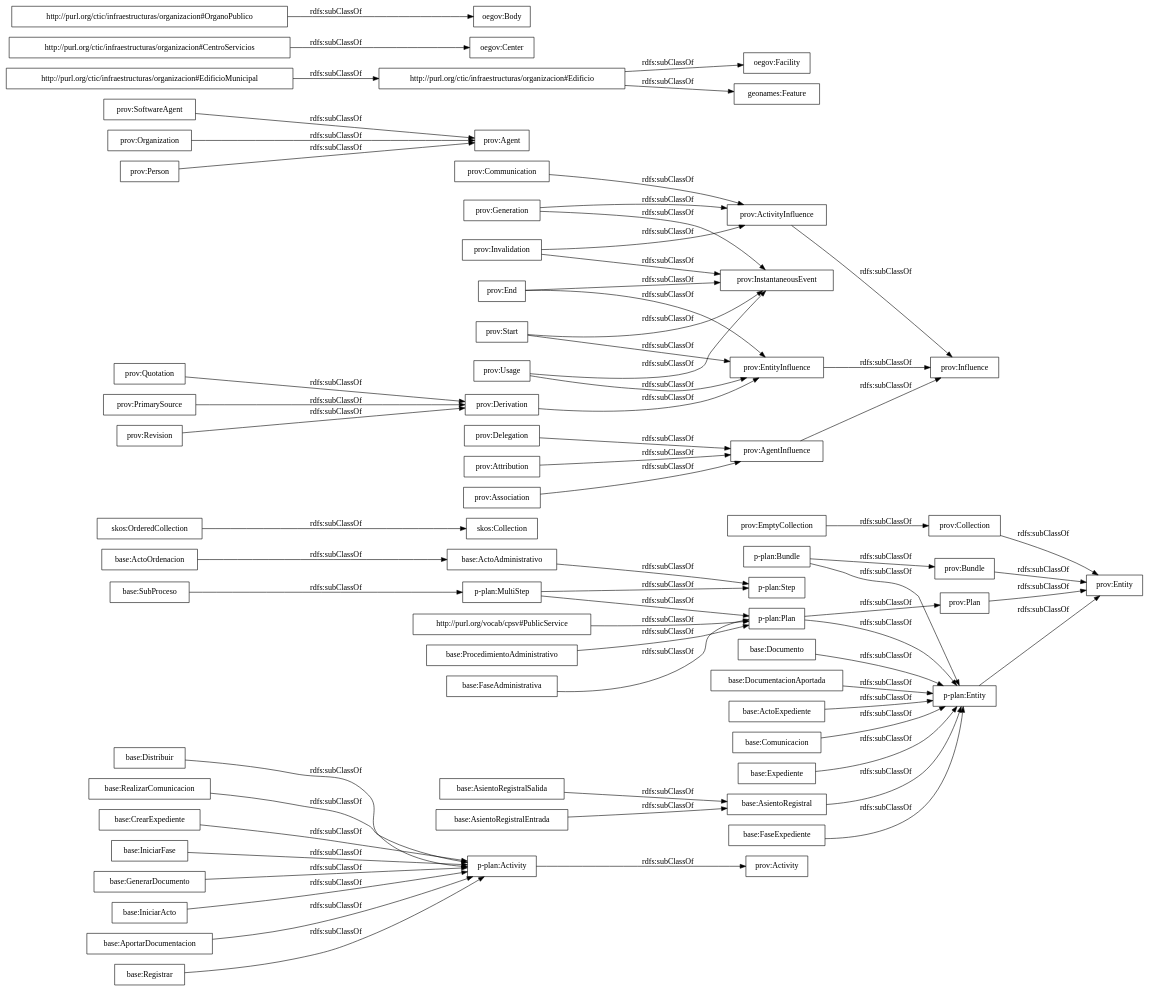
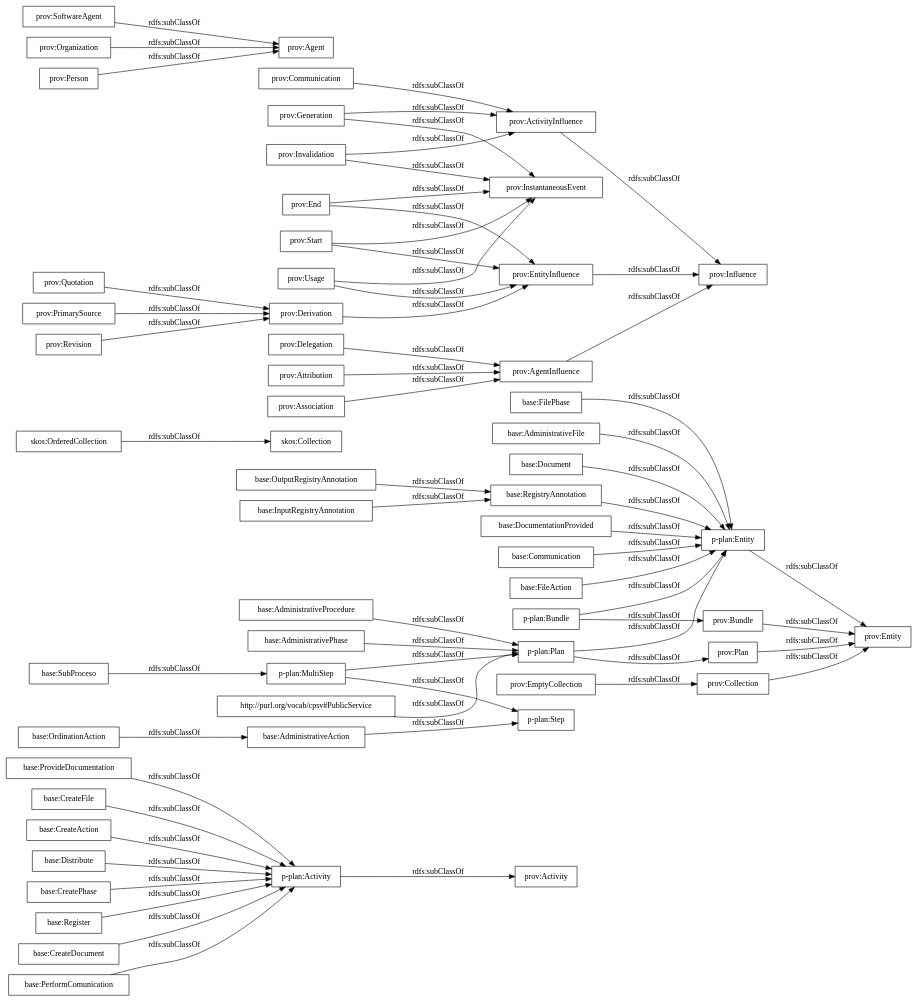
Before and after one commit to fhidalgl/a-proc: the diagram in OnToology/a-proc.owl/diagrams/ar2dtool-taxonomy/a-proc.owl.png.dot, drawn with Graphviz. The commit also changed 11 other files, not shown here.

```diff
--- a/OnToology/a-proc.owl/diagrams/ar2dtool-taxonomy/a-proc.owl.png.dot
+++ b/OnToology/a-proc.owl/diagrams/ar2dtool-taxonomy/a-proc.owl.png.dot
@@ -1,71 +1,66 @@
 digraph ar2dtool_diagram { 
 rankdir=LR;
 size="1000"
-node [shape = rectangle, color="black"]; "base:Distribuir" "base:AsientoRegistral" "base:RealizarComunicacion" "base:FaseExpediente" "base:CrearExpediente" "base:Documento" "base:AsientoRegistralSalida" "base:IniciarFase" "base:DocumentacionAportada" "base:ProcedimientoAdministrativo" "base:FaseAdministrativa" "base:ActoExpediente" "base:SubProceso" "base:GenerarDocumento" "base:AsientoRegistralEntrada" "base:Comunicacion" "base:IniciarActo" "base:AportarDocumentacion" "base:Expediente" "base:ActoOrdenacion" "base:Registrar" "base:ActoAdministrativo" "skos:OrderedCollection" "skos:Collection" "p-plan:MultiStep" "p-plan:Activity" "p-plan:Step" "p-plan:Entity" "p-plan:Bundle" "prov:Bundle" "prov:Entity" "p-plan:Plan" "prov:Plan" "prov:Activity" "prov:Influence" "prov:End" "prov:Agent" "prov:Derivation" "prov:Quotation" "prov:Collection" "prov:InstantaneousEvent" "prov:Delegation" "prov:Invalidation" "prov:Usage" "prov:SoftwareAgent" "prov:Attribution" "prov:PrimarySource" "prov:ActivityInfluence" "prov:Organization" "prov:EmptyCollection" "prov:Revision" "prov:Communication" "prov:Association" "prov:Start" "prov:EntityInfluence" "prov:AgentInfluence" "prov:Generation" "prov:Person" "oegov:Facility" "oegov:Center" "oegov:Body" "http://purl.org/ctic/infraestructuras/organizacion#OrganoPublico" "http://purl.org/ctic/infraestructuras/organizacion#EdificioMunicipal" "http://purl.org/ctic/infraestructuras/organizacion#Edificio" "http://purl.org/ctic/infraestructuras/organizacion#CentroServicios" "geonames:Feature" ; /*classes style*/
+node [shape = rectangle, color="black"]; "base:ProvideDocumentation" "base:CreateFile" "base:FilePhase" "base:AdministrativeFile" "base:AdministrativeAction" "base:OrdinationAction" "base:AdministrativeProcedure" "base:Document" "base:CreateAction" "base:Distribute" "base:SubProceso" "base:RegistryAnnotation" "base:AdministrativePhase" "base:CreatePhase" "base:Register" "base:DocumentationProvided" "base:OutputRegistryAnnotation" "base:Communication" "base:FileAction" "base:CreateDocument" "base:PerformComunication" "base:InputRegistryAnnotation" "skos:OrderedCollection" "skos:Collection" "p-plan:MultiStep" "p-plan:Activity" "p-plan:Step" "p-plan:Entity" "p-plan:Bundle" "prov:Bundle" "prov:Entity" "p-plan:Plan" "prov:Plan" "prov:Activity" "prov:Influence" "prov:End" "prov:Agent" "prov:Derivation" "prov:Quotation" "prov:Collection" "prov:InstantaneousEvent" "prov:Delegation" "prov:Invalidation" "prov:Usage" "prov:SoftwareAgent" "prov:Attribution" "prov:PrimarySource" "prov:ActivityInfluence" "prov:Organization" "prov:EmptyCollection" "prov:Revision" "prov:Communication" "prov:Association" "prov:Start" "prov:EntityInfluence" "prov:AgentInfluence" "prov:Generation" "prov:Person" ; /*classes style*/
 	"prov:Plan" -> "prov:Entity" [ label = "rdfs:subClassOf" ];
-	"base:FaseAdministrativa" -> "p-plan:Plan" [ label = "rdfs:subClassOf" ];
+	"base:RegistryAnnotation" -> "p-plan:Entity" [ label = "rdfs:subClassOf" ];
 	"prov:Invalidation" -> "prov:ActivityInfluence" [ label = "rdfs:subClassOf" ];
 	"prov:Invalidation" -> "prov:InstantaneousEvent" [ label = "rdfs:subClassOf" ];
 	"prov:Quotation" -> "prov:Derivation" [ label = "rdfs:subClassOf" ];
-	"base:IniciarActo" -> "p-plan:Activity" [ label = "rdfs:subClassOf" ];
 	"prov:Communication" -> "prov:ActivityInfluence" [ label = "rdfs:subClassOf" ];
+	"base:Distribute" -> "p-plan:Activity" [ label = "rdfs:subClassOf" ];
+	"base:OrdinationAction" -> "base:AdministrativeAction" [ label = "rdfs:subClassOf" ];
 	"prov:ActivityInfluence" -> "prov:Influence" [ label = "rdfs:subClassOf" ];
-	"http://purl.org/ctic/infraestructuras/organizacion#Edificio" -> "oegov:Facility" [ label = "rdfs:subClassOf" ];
-	"http://purl.org/ctic/infraestructuras/organizacion#Edificio" -> "geonames:Feature" [ label = "rdfs:subClassOf" ];
+	"base:CreatePhase" -> "p-plan:Activity" [ label = "rdfs:subClassOf" ];
 	"prov:SoftwareAgent" -> "prov:Agent" [ label = "rdfs:subClassOf" ];
-	"base:ActoAdministrativo" -> "p-plan:Step" [ label = "rdfs:subClassOf" ];
 	"prov:PrimarySource" -> "prov:Derivation" [ label = "rdfs:subClassOf" ];
 	"p-plan:Entity" -> "prov:Entity" [ label = "rdfs:subClassOf" ];
 	"http://purl.org/vocab/cpsv#PublicService" -> "p-plan:Plan" [ label = "rdfs:subClassOf" ];
-	"base:Documento" -> "p-plan:Entity" [ label = "rdfs:subClassOf" ];
-	"base:AportarDocumentacion" -> "p-plan:Activity" [ label = "rdfs:subClassOf" ];
+	"base:CreateAction" -> "p-plan:Activity" [ label = "rdfs:subClassOf" ];
 	"prov:Attribution" -> "prov:AgentInfluence" [ label = "rdfs:subClassOf" ];
 	"p-plan:MultiStep" -> "p-plan:Step" [ label = "rdfs:subClassOf" ];
 	"p-plan:MultiStep" -> "p-plan:Plan" [ label = "rdfs:subClassOf" ];
-	"base:RealizarComunicacion" -> "p-plan:Activity" [ label = "rdfs:subClassOf" ];
 	"prov:Delegation" -> "prov:AgentInfluence" [ label = "rdfs:subClassOf" ];
-	"http://purl.org/ctic/infraestructuras/organizacion#OrganoPublico" -> "oegov:Body" [ label = "rdfs:subClassOf" ];
-	"base:AsientoRegistralEntrada" -> "base:AsientoRegistral" [ label = "rdfs:subClassOf" ];
 	"prov:Derivation" -> "prov:EntityInfluence" [ label = "rdfs:subClassOf" ];
-	"base:CrearExpediente" -> "p-plan:Activity" [ label = "rdfs:subClassOf" ];
 	"prov:Association" -> "prov:AgentInfluence" [ label = "rdfs:subClassOf" ];
 	"prov:End" -> "prov:EntityInfluence" [ label = "rdfs:subClassOf" ];
 	"prov:End" -> "prov:InstantaneousEvent" [ label = "rdfs:subClassOf" ];
+	"base:InputRegistryAnnotation" -> "base:RegistryAnnotation" [ label = "rdfs:subClassOf" ];
+	"base:Register" -> "p-plan:Activity" [ label = "rdfs:subClassOf" ];
 	"prov:Usage" -> "prov:InstantaneousEvent" [ label = "rdfs:subClassOf" ];
 	"prov:Usage" -> "prov:EntityInfluence" [ label = "rdfs:subClassOf" ];
 	"prov:Collection" -> "prov:Entity" [ label = "rdfs:subClassOf" ];
 	"skos:OrderedCollection" -> "skos:Collection" [ label = "rdfs:subClassOf" ];
-	"base:AsientoRegistral" -> "p-plan:Entity" [ label = "rdfs:subClassOf" ];
+	"base:FilePhase" -> "p-plan:Entity" [ label = "rdfs:subClassOf" ];
+	"base:AdministrativeProcedure" -> "p-plan:Plan" [ label = "rdfs:subClassOf" ];
 	"prov:Bundle" -> "prov:Entity" [ label = "rdfs:subClassOf" ];
-	"base:DocumentacionAportada" -> "p-plan:Entity" [ label = "rdfs:subClassOf" ];
-	"http://purl.org/ctic/infraestructuras/organizacion#CentroServicios" -> "oegov:Center" [ label = "rdfs:subClassOf" ];
+	"base:PerformComunication" -> "p-plan:Activity" [ label = "rdfs:subClassOf" ];
+	"base:CreateFile" -> "p-plan:Activity" [ label = "rdfs:subClassOf" ];
 	"prov:Start" -> "prov:EntityInfluence" [ label = "rdfs:subClassOf" ];
 	"prov:Start" -> "prov:InstantaneousEvent" [ label = "rdfs:subClassOf" ];
 	"prov:EmptyCollection" -> "prov:Collection" [ label = "rdfs:subClassOf" ];
+	"base:AdministrativePhase" -> "p-plan:Plan" [ label = "rdfs:subClassOf" ];
 	"prov:Revision" -> "prov:Derivation" [ label = "rdfs:subClassOf" ];
 	"p-plan:Activity" -> "prov:Activity" [ label = "rdfs:subClassOf" ];
 	"prov:Organization" -> "prov:Agent" [ label = "rdfs:subClassOf" ];
 	"prov:EntityInfluence" -> "prov:Influence" [ label = "rdfs:subClassOf" ];
-	"base:Comunicacion" -> "p-plan:Entity" [ label = "rdfs:subClassOf" ];
-	"base:ProcedimientoAdministrativo" -> "p-plan:Plan" [ label = "rdfs:subClassOf" ];
+	"base:CreateDocument" -> "p-plan:Activity" [ label = "rdfs:subClassOf" ];
+	"base:OutputRegistryAnnotation" -> "base:RegistryAnnotation" [ label = "rdfs:subClassOf" ];
 	"prov:Person" -> "prov:Agent" [ label = "rdfs:subClassOf" ];
-	"base:AsientoRegistralSalida" -> "base:AsientoRegistral" [ label = "rdfs:subClassOf" ];
 	"prov:AgentInfluence" -> "prov:Influence" [ label = "rdfs:subClassOf" ];
-	"base:GenerarDocumento" -> "p-plan:Activity" [ label = "rdfs:subClassOf" ];
+	"base:Communication" -> "p-plan:Entity" [ label = "rdfs:subClassOf" ];
+	"base:FileAction" -> "p-plan:Entity" [ label = "rdfs:subClassOf" ];
 	"base:SubProceso" -> "p-plan:MultiStep" [ label = "rdfs:subClassOf" ];
-	"base:Distribuir" -> "p-plan:Activity" [ label = "rdfs:subClassOf" ];
-	"base:ActoOrdenacion" -> "base:ActoAdministrativo" [ label = "rdfs:subClassOf" ];
-	"base:IniciarFase" -> "p-plan:Activity" [ label = "rdfs:subClassOf" ];
+	"base:DocumentationProvided" -> "p-plan:Entity" [ label = "rdfs:subClassOf" ];
 	"prov:Generation" -> "prov:ActivityInfluence" [ label = "rdfs:subClassOf" ];
 	"prov:Generation" -> "prov:InstantaneousEvent" [ label = "rdfs:subClassOf" ];
-	"base:FaseExpediente" -> "p-plan:Entity" [ label = "rdfs:subClassOf" ];
 	"p-plan:Plan" -> "prov:Plan" [ label = "rdfs:subClassOf" ];
 	"p-plan:Plan" -> "p-plan:Entity" [ label = "rdfs:subClassOf" ];
-	"base:Registrar" -> "p-plan:Activity" [ label = "rdfs:subClassOf" ];
-	"base:Expediente" -> "p-plan:Entity" [ label = "rdfs:subClassOf" ];
+	"base:AdministrativeFile" -> "p-plan:Entity" [ label = "rdfs:subClassOf" ];
+	"base:AdministrativeAction" -> "p-plan:Step" [ label = "rdfs:subClassOf" ];
 	"p-plan:Bundle" -> "prov:Bundle" [ label = "rdfs:subClassOf" ];
 	"p-plan:Bundle" -> "p-plan:Entity" [ label = "rdfs:subClassOf" ];
-	"http://purl.org/ctic/infraestructuras/organizacion#EdificioMunicipal" -> "http://purl.org/ctic/infraestructuras/organizacion#Edificio" [ label = "rdfs:subClassOf" ];
-	"base:ActoExpediente" -> "p-plan:Entity" [ label = "rdfs:subClassOf" ];
+	"base:Document" -> "p-plan:Entity" [ label = "rdfs:subClassOf" ];
+	"base:ProvideDocumentation" -> "p-plan:Activity" [ label = "rdfs:subClassOf" ];
 
 }
```
